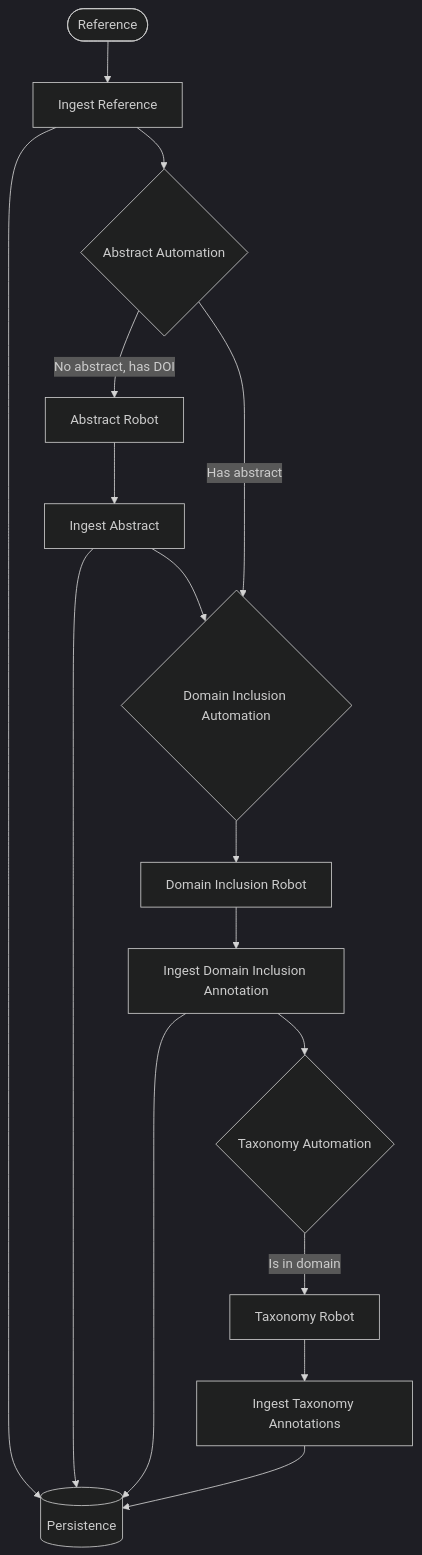
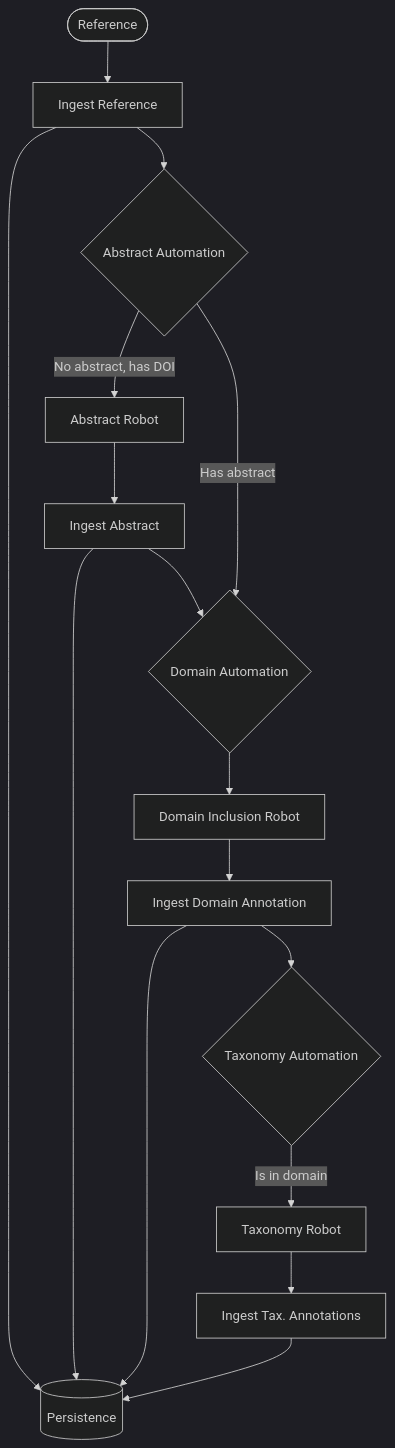
Before and after one commit to destiny-evidence/destiny-repository: the diagram in docs/procedures/destiny-reference-flow.rst, drawn with Mermaid (dark theme).

Commit message:
fix max field length in mermaid graph

```diff
--- a/docs/procedures/destiny-reference-flow.rst
+++ b/docs/procedures/destiny-reference-flow.rst
@@ -11,21 +11,21 @@
 .. mermaid::
 
     flowchart TD
         R([Reference]) --> R1[Ingest Reference]
         R1 --> P[(Persistence)]
         R1 --> A{Abstract Automation}
 
         A --> |No abstract, has DOI| ABSTRACT_ROBOT[Abstract Robot]
-        A --> |Has abstract| B{Domain Inclusion Automation}
+        A --> |Has abstract| B{Domain Automation}
         ABSTRACT_ROBOT --> R2[Ingest Abstract]
         R2 --> P
         R2 --> B
 
         B --> IN_OUT_ROBOT[Domain Inclusion Robot]
-        IN_OUT_ROBOT --> R3[Ingest Domain Inclusion Annotation]
+        IN_OUT_ROBOT --> R3[Ingest Domain Annotation]
         R3 --> P
         R3 --> C{Taxonomy Automation}
 
         C -->|Is in domain| TAXONOMY_ROBOT[Taxonomy Robot]
-        TAXONOMY_ROBOT --> R4[Ingest Taxonomy Annotations]
+        TAXONOMY_ROBOT --> R4[Ingest Tax. Annotations]
         R4 --> P
```
